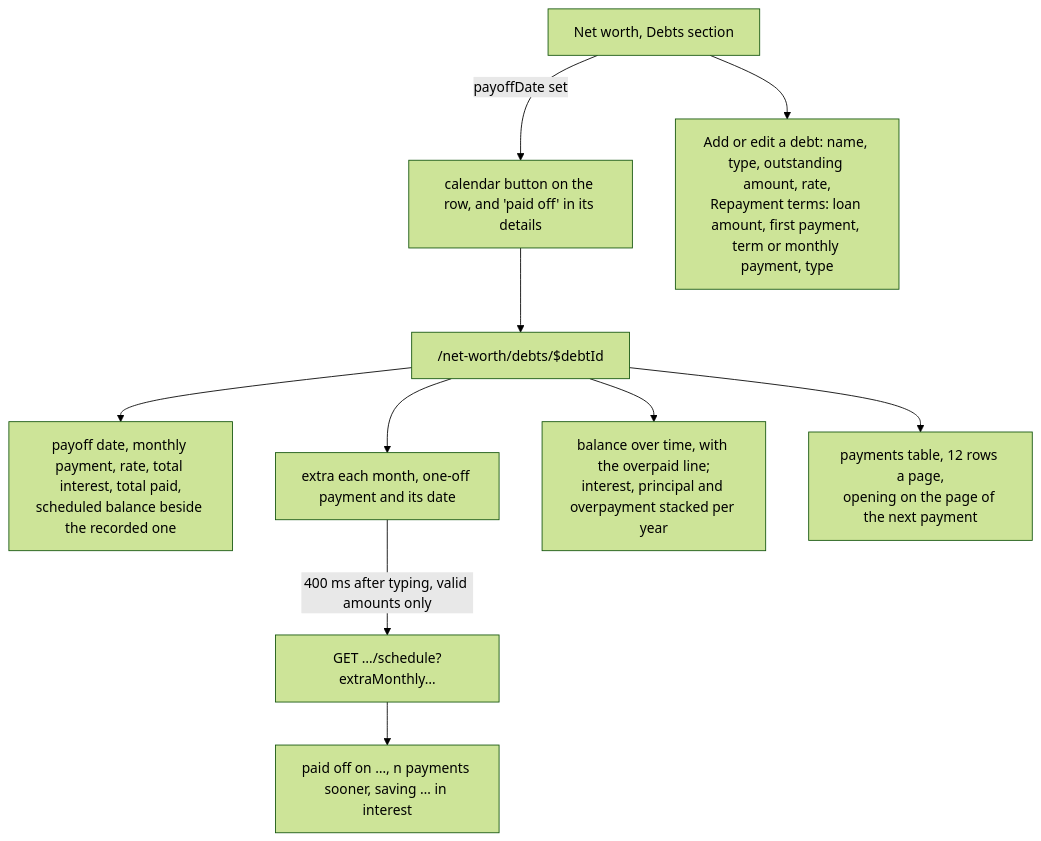
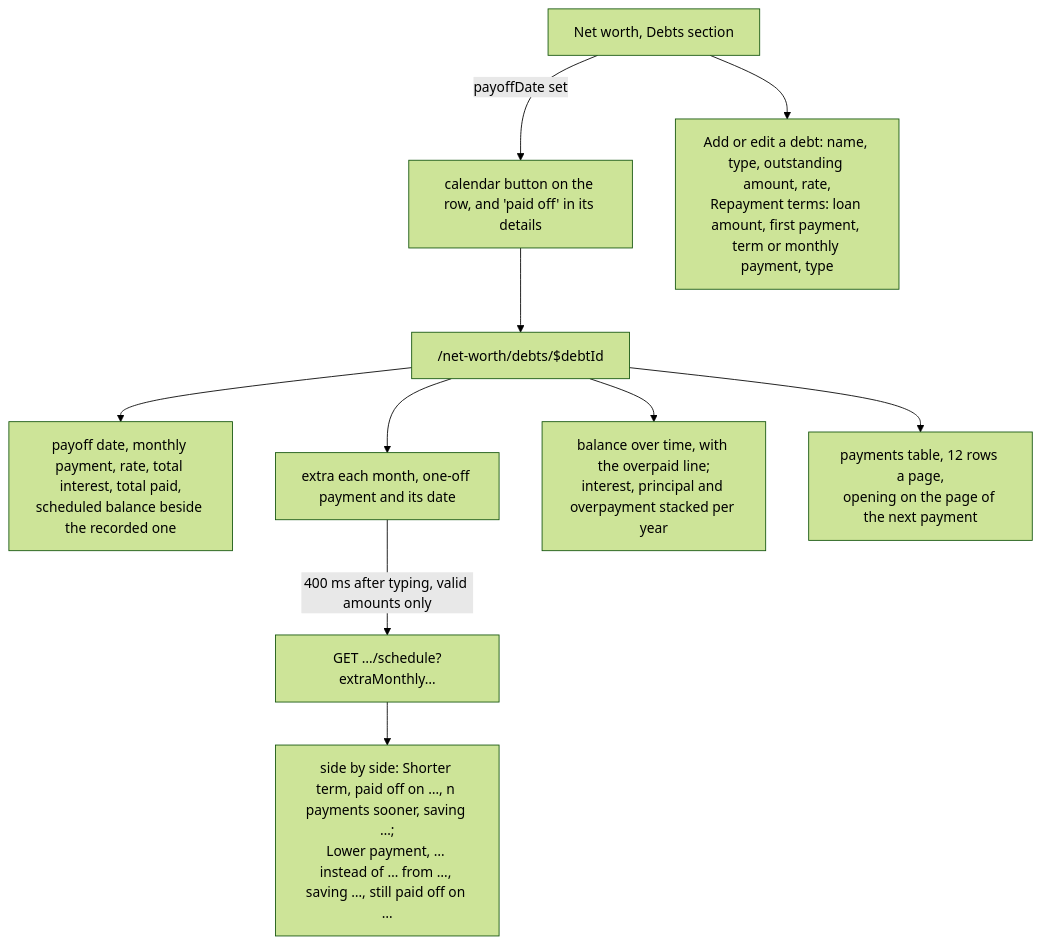
Before and after one commit to Justxs/Jx-Finance: the fifth of 6 diagrams in docs/features/debt-amortization.md, drawn with Mermaid (forest theme). The commit also changed other lines of this file and 22 other files, not shown here.

Commit message:
feat(net-worth): preview a lower payment beside a shorter term for an overpayment

````diff
--- a/docs/features/debt-amortization.md
+++ b/docs/features/debt-amortization.md
@@ -153,12 +160,12 @@
 ```mermaid
 flowchart TD
     List["Net worth, Debts section"] -->|"payoffDate set"| Link["calendar button on the row, and 'paid off' in its details"]
     List --> Form["Add or edit a debt: name, type, outstanding amount, rate,<br/>Repayment terms: loan amount, first payment, term or monthly payment, type"]
     Link --> Page["/net-worth/debts/$debtId"]
     Page --> Summary["payoff date, monthly payment, rate, total interest, total paid,<br/>scheduled balance beside the recorded one"]
     Page --> Extra["extra each month, one-off payment and its date"]
     Extra -->|"400 ms after typing, valid amounts only"| Query["GET …/schedule?extraMonthly…"]
-    Query --> Savings["paid off on …, n payments sooner, saving … in interest"]
+    Query --> Savings["side by side: Shorter term, paid off on …, n payments sooner, saving …;<br/>Lower payment, … instead of … from …, saving …, still paid off on …"]
     Page --> Charts["balance over time, with the overpaid line;<br/>interest, principal and overpayment stacked per year"]
     Page --> Table["payments table, 12 rows a page,<br/>opening on the page of the next payment"]
 ```
````
